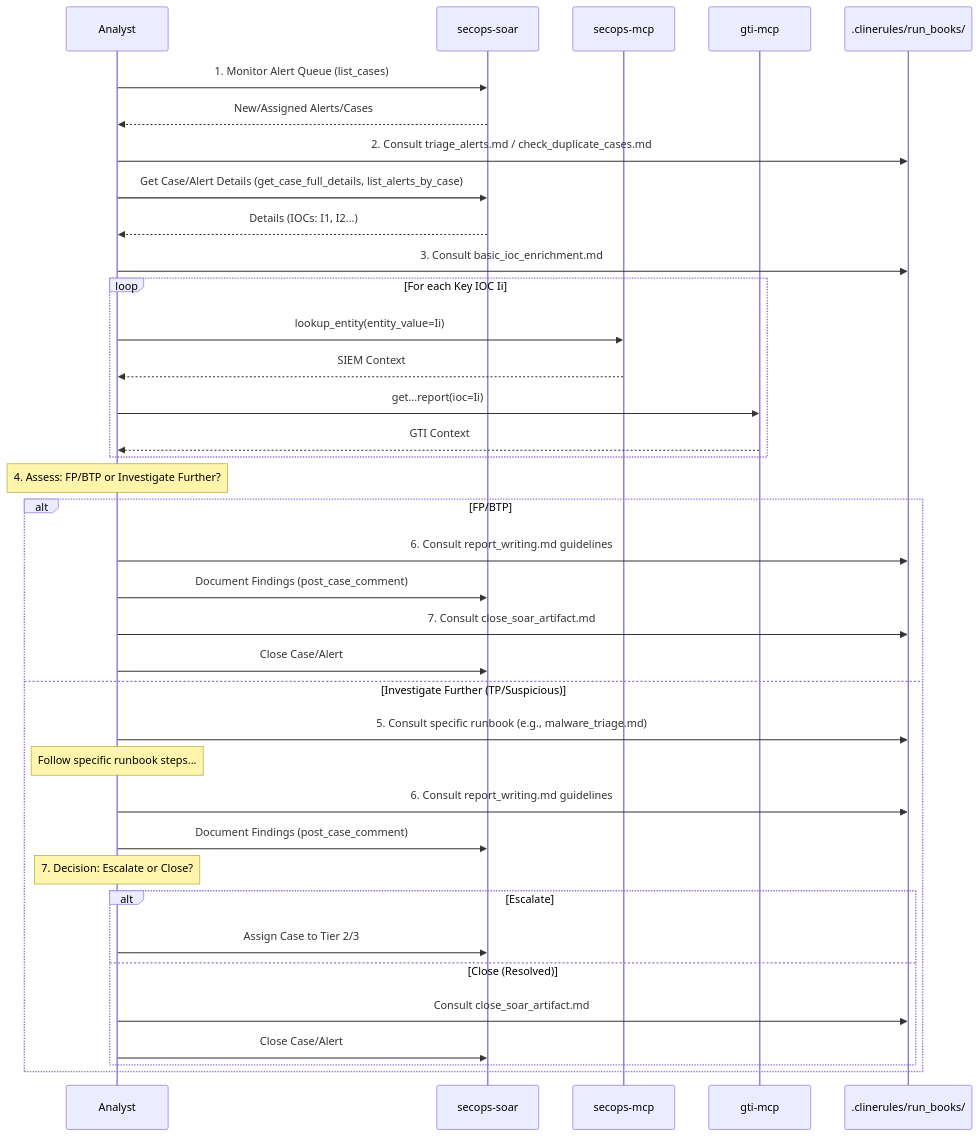
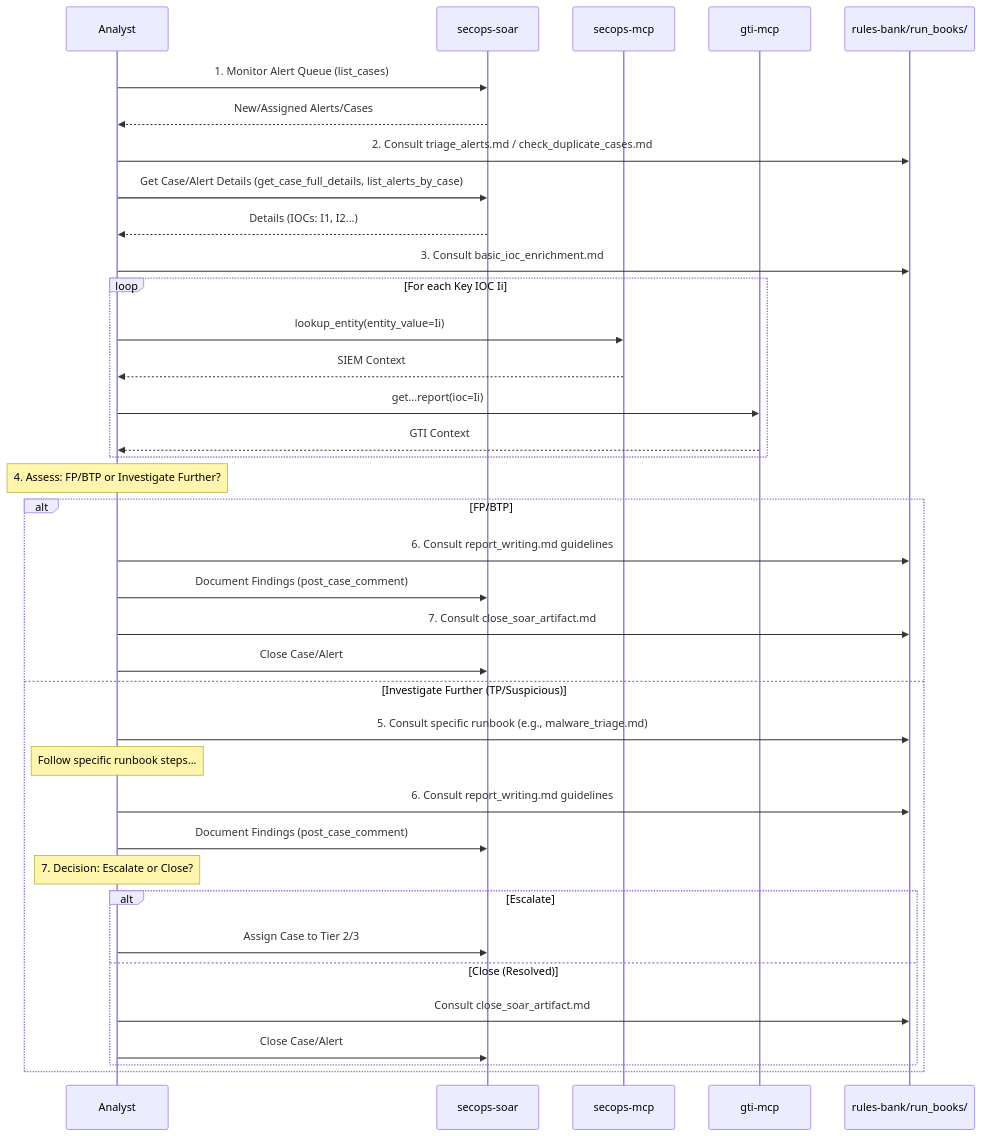
One commit to dandye/adk_runbooks changed the diagram in rules-bank/run_books/guidelines/soc_analyst_workflows.md. Above: the diagram before and after it, drawn with Mermaid. The commit also changed other lines of this file and 42 other files, not shown here.

````diff
--- a/rules-bank/run_books/guidelines/soc_analyst_workflows.md
+++ b/rules-bank/run_books/guidelines/soc_analyst_workflows.md
@@ -48,41 +48,41 @@
 ```{mermaid}
 sequenceDiagram
     participant Analyst
     participant SOAR as secops-soar
     participant SIEM as secops-mcp
     participant GTI as gti-mcp
-    participant Runbooks as .clinerules/run_books/
+    participant Runbooks as rules-bank/run_books/
 
     Analyst->>SOAR: 1. Monitor Alert Queue (list_cases)
     SOAR-->>Analyst: New/Assigned Alerts/Cases
     Analyst->>Runbooks: 2. Consult triage_alerts.md / check_duplicate_cases.md
     Analyst->>SOAR: Get Case/Alert Details (get_case_full_details, list_alerts_by_case)
     SOAR-->>Analyst: Details (IOCs: I1, I2...)
     Analyst->>Runbooks: 3. Consult basic_ioc_enrichment.md
     loop For each Key IOC Ii
         Analyst->>SIEM: lookup_entity(entity_value=Ii)
         SIEM-->>Analyst: SIEM Context
         Analyst->>GTI: get...report(ioc=Ii)
         GTI-->>Analyst: GTI Context
     end
     Note over Analyst: 4. Assess: FP/BTP or Investigate Further?
     alt FP/BTP
          Analyst->>Runbooks: 6. Consult report_writing.md guidelines
          Analyst->>SOAR: Document Findings (post_case_comment)
          Analyst->>Runbooks: 7. Consult close_soar_artifact.md
          Analyst->>SOAR: Close Case/Alert
     else Investigate Further (TP/Suspicious)
         Analyst->>Runbooks: 5. Consult specific runbook (e.g., malware_triage.md)
         Note over Analyst: Follow specific runbook steps...
         Analyst->>Runbooks: 6. Consult report_writing.md guidelines
         Analyst->>SOAR: Document Findings (post_case_comment)
         Note over Analyst: 7. Decision: Escalate or Close?
         alt Escalate
             Analyst->>SOAR: Assign Case to Tier 2/3
         else Close (Resolved)
             Analyst->>Runbooks: Consult close_soar_artifact.md
             Analyst->>SOAR: Close Case/Alert
         end
     end
 
 ```
````
